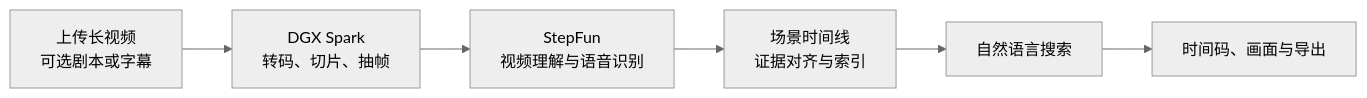
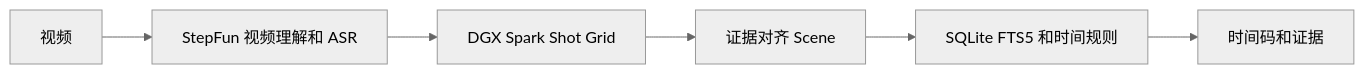
One commit to MaoDingA/ShotSeek changed the diagram in README.md. Above: the diagram before and after it, drawn with Mermaid (neutral theme). The commit also changed other lines of this file and 7 other files, not shown here.

```diff
--- a/README.md
+++ b/README.md
@@ -25,8 +17,8 @@
 ~~~mermaid
 flowchart LR
-    A["上传长视频<br/>可选剧本或字幕"] --> B["DGX Spark<br/>转码、切片、抽帧"]
-    B --> C["StepFun<br/>视频理解与语音识别"]
-    C --> D["场景时间线<br/>证据对齐与索引"]
-    D --> E["自然语言搜索"]
-    E --> F["时间码、画面与导出"]
+    A[视频] --> B[StepFun 视频理解和 ASR]
+    B --> C[DGX Spark Shot Grid]
+    C --> D[证据对齐 Scene]
+    D --> E[SQLite FTS5 和时间规则]
+    E --> F[时间码和证据]
 ~~~
```
